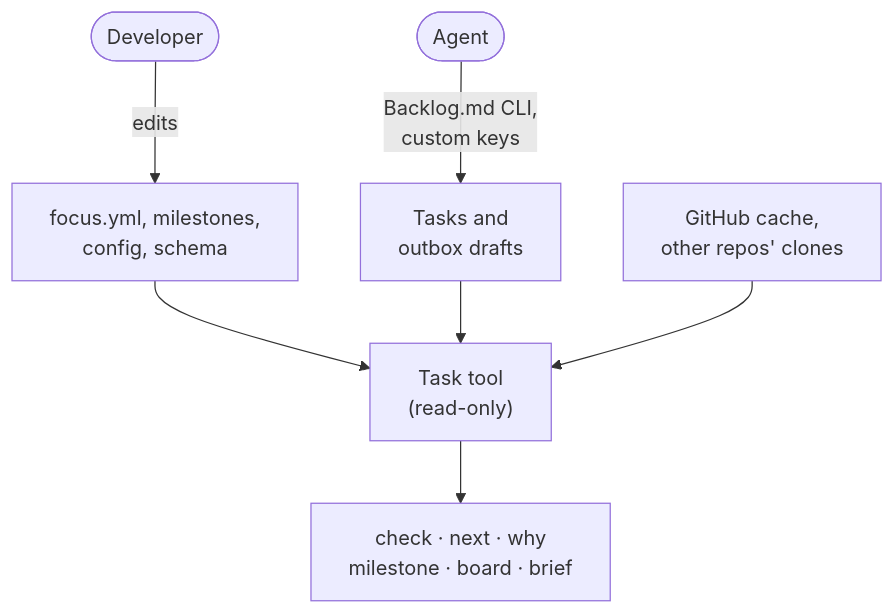
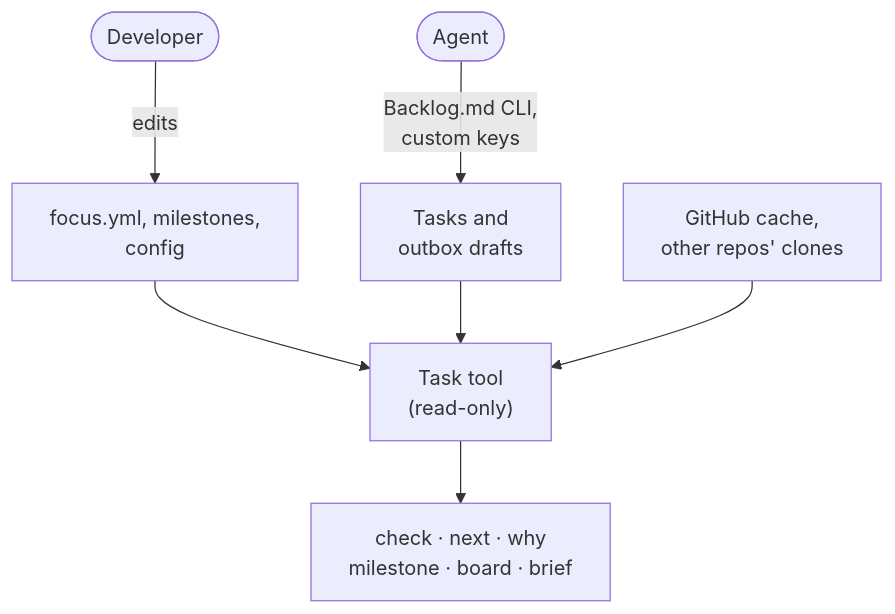
Before and after one commit to jmbowman/agentic_development: the first of 4 diagrams in docs/intent/task-tracker/task-tracker-design.md, drawn with Mermaid. The commit also changed other lines of this file and 14 other files, not shown here.

````diff
--- a/docs/intent/task-tracker/task-tracker-design.md
+++ b/docs/intent/task-tracker/task-tracker-design.md
@@ -22,9 +22,9 @@
 ```mermaid
 flowchart TD
-  dev(["Developer"]) -->|edits| rul["focus.yml, milestones,<br/>config, schema"]
+  dev(["Developer"]) -->|edits| rul["focus.yml, milestones,<br/>config"]
   agent(["Agent"]) -->|"Backlog.md CLI,<br/>custom keys"| tf["Tasks and<br/>outbox drafts"]
   rul --> tool["Task tool<br/>(read-only)"]
   tf --> tool
   ext["GitHub cache,<br/>other repos' clones"] --> tool
   tool --> views["check · next · why<br/>milestone · board · brief"]
 ```
````
